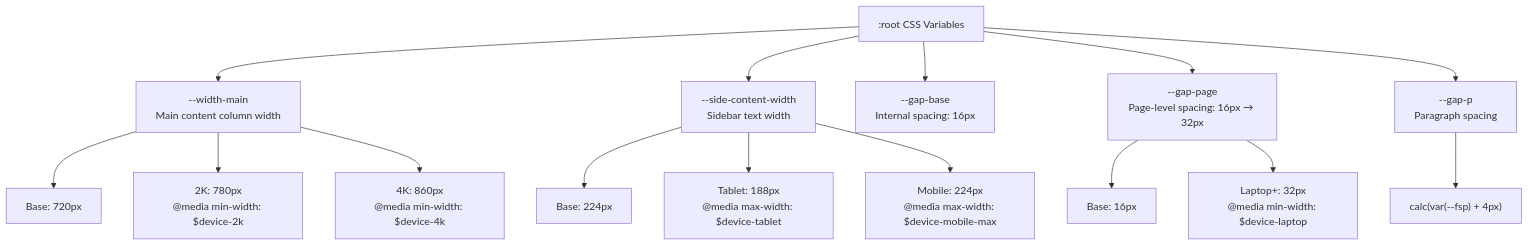
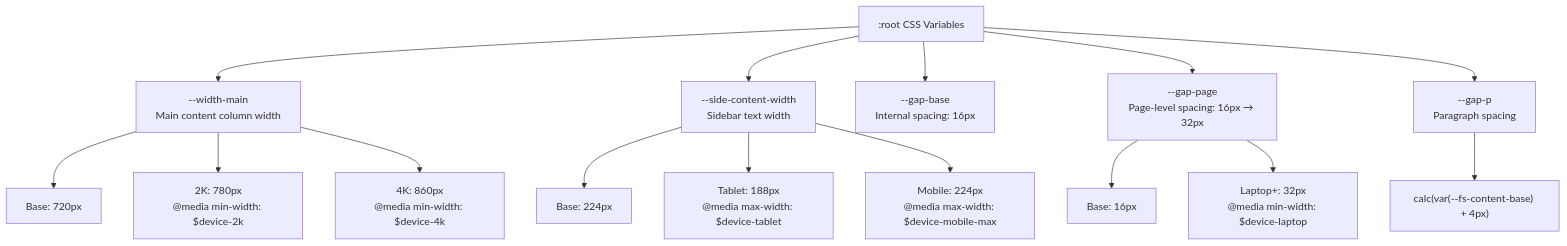
The second of 5 diagrams in themes/stellar/docs/knowledge/01-样式系统/responsive-design.md (penndu/hexo), drawn with Mermaid before and after one commit. The commit also changed other lines of this file and 161 other files, not shown here.

````diff
--- a/themes/stellar/docs/knowledge/01-样式系统/responsive-design.md
+++ b/themes/stellar/docs/knowledge/01-样式系统/responsive-design.md
@@ -62,23 +62,23 @@
 ```mermaid
 graph TB
     Root[":root CSS Variables"]
     
     Root --> WidthMain["--width-main<br/>Main content column width"]
     Root --> SideWidth["--side-content-width<br/>Sidebar text width"]
     Root --> GapBase["--gap-base<br/>Internal spacing: 16px"]
     Root --> GapPage["--gap-page<br/>Page-level spacing: 16px → 32px"]
     Root --> GapP["--gap-p<br/>Paragraph spacing"]
     
     WidthMain --> W720["Base: 720px"]
     WidthMain --> W780["2K: 780px<br/>@media min-width: $device-2k"]
     WidthMain --> W860["4K: 860px<br/>@media min-width: $device-4k"]
     
     SideWidth --> S224["Base: 224px"]
     SideWidth --> S188["Tablet: 188px<br/>@media max-width: $device-tablet"]
     SideWidth --> S224Mobile["Mobile: 224px<br/>@media max-width: $device-mobile-max"]
     
     GapPage --> GP16["Base: 16px"]
     GapPage --> GP32["Laptop+: 32px<br/>@media min-width: $device-laptop"]
     
-    GapP --> GapPCalc["calc(var(--fsp) + 4px)"]
+    GapP --> GapPCalc["calc(var(--fs-content-base) + 4px)"]
 ```
````
